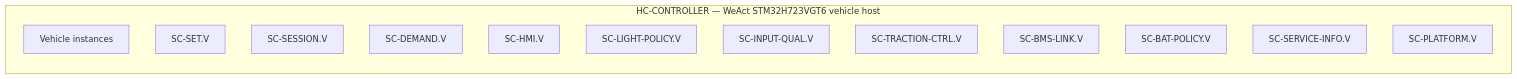
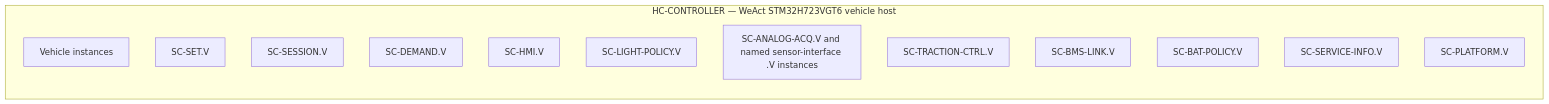
The sixth of 8 diagrams in .devenv/Architecture/DetailedDesign/DD-003_Static_Software_Architecture_Views.md (dhellhake/X2CityMCU), drawn with Mermaid before and after one commit. The commit also changed other lines of this file and 71 other files, not shown here.

Commit message:
Added Data-Flow to all architecture layers

````diff
--- a/.devenv/Architecture/DetailedDesign/DD-003_Static_Software_Architecture_Views.md
+++ b/.devenv/Architecture/DetailedDesign/DD-003_Static_Software_Architecture_Views.md
@@ -125,18 +136,18 @@
 ```mermaid
 flowchart LR
     subgraph HV[HC-CONTROLLER — WeAct STM32H723VGT6 vehicle host]
         direction TB
         VV[Vehicle instances]
         V1[SC-SET.V]
         V2[SC-SESSION.V]
         V3[SC-DEMAND.V]
         V4[SC-HMI.V]
         V5[SC-LIGHT-POLICY.V]
-        V6[SC-INPUT-QUAL.V]
+        V6[SC-ANALOG-ACQ.V and named sensor-interface .V instances]
         V7[SC-TRACTION-CTRL.V]
         V8[SC-BMS-LINK.V]
         V9[SC-BAT-POLICY.V]
         V10[SC-SERVICE-INFO.V]
         V11[SC-PLATFORM.V]
     end
 ```
````
